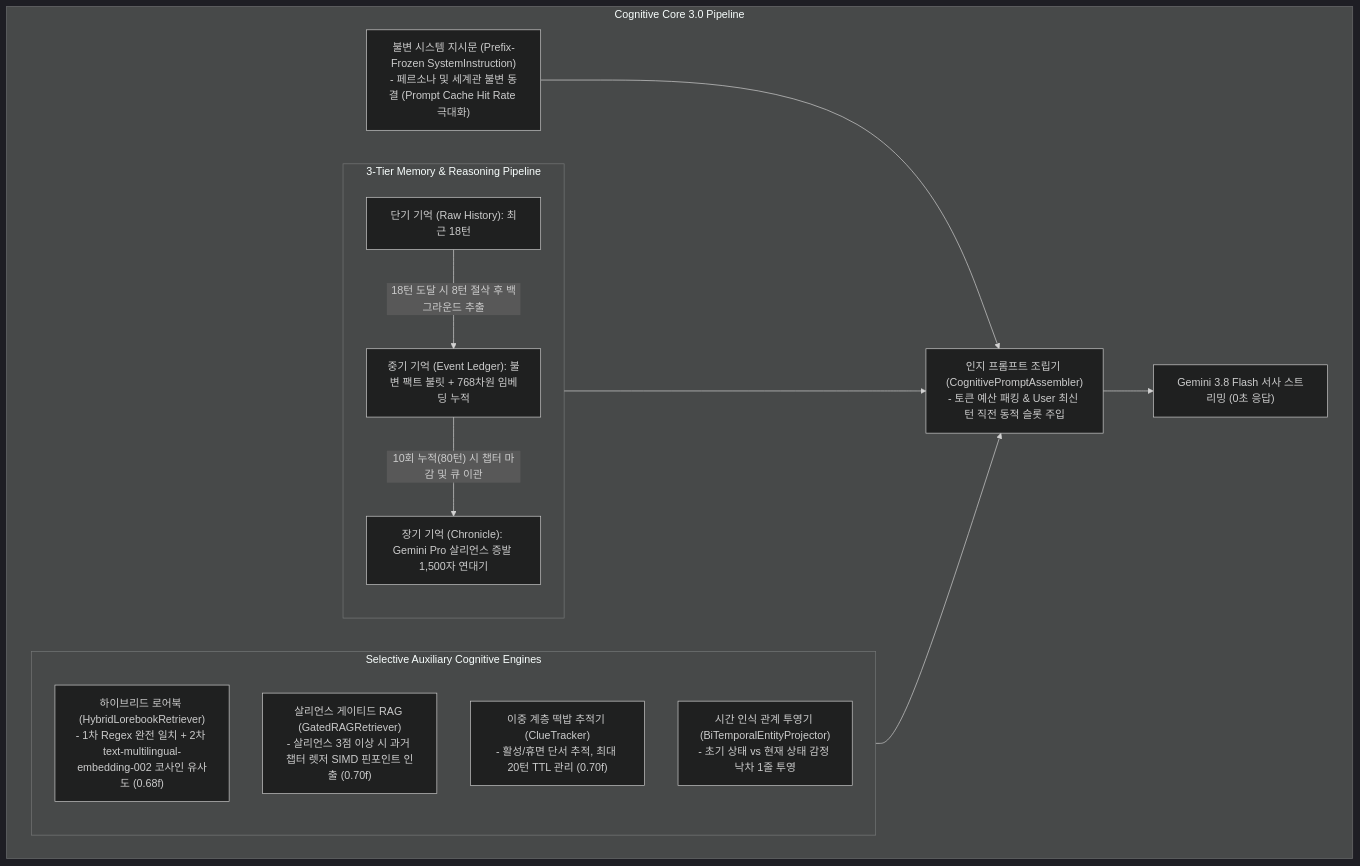
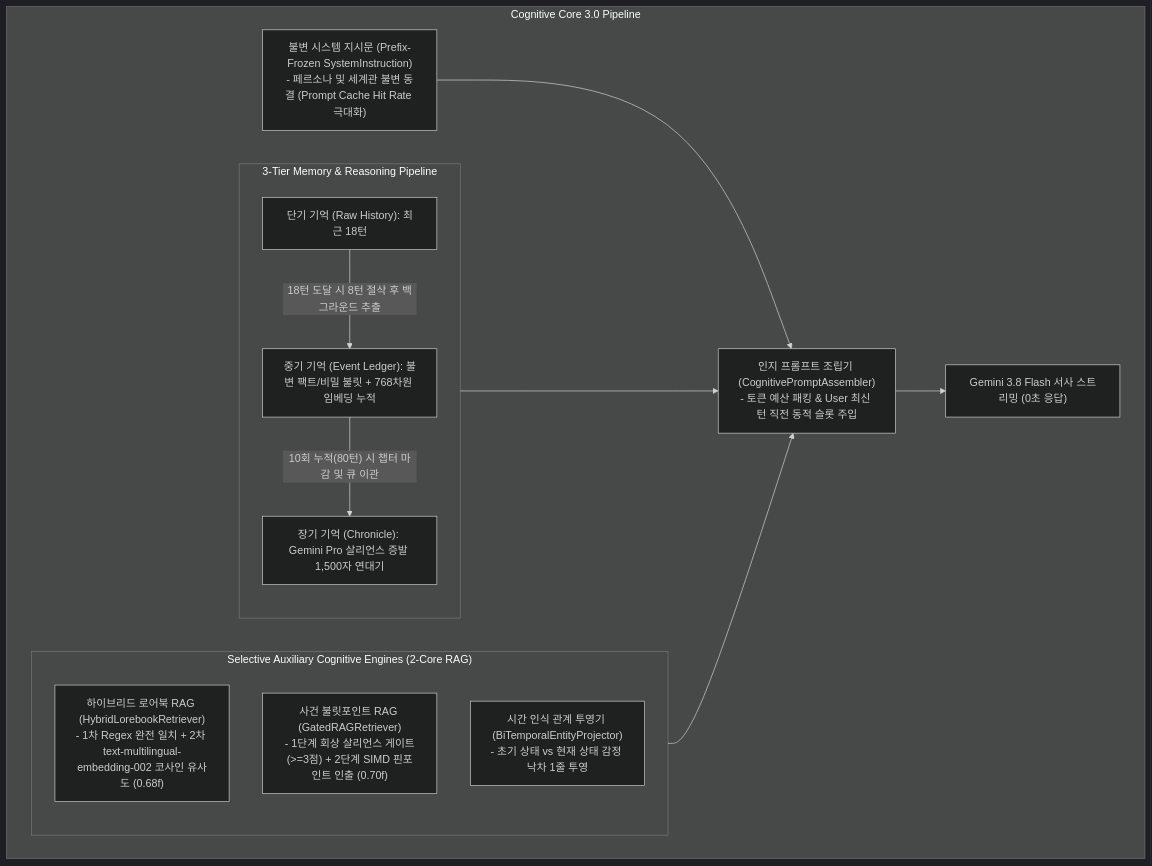
The first of 3 diagrams in GRC/docs/01_grc_architecture.md (jin20203458/Obsidian.Agent), drawn with Mermaid (dark theme) before and after one commit. The commit also changed other lines of this file and 1 other file, not shown here.

````diff
--- a/GRC/docs/01_grc_architecture.md
+++ b/GRC/docs/01_grc_architecture.md
@@ -28,29 +27,28 @@
 ```mermaid
 flowchart TB
     subgraph COGNITIVE_CORE ["Cognitive Core 3.0 Pipeline"]
         SYS["불변 시스템 지시문 (Prefix-Frozen SystemInstruction)<br>- 페르소나 및 세계관 불변 동결 (Prompt Cache Hit Rate 극대화)"]
         
         subgraph TIERS ["3-Tier Memory & Reasoning Pipeline"]
             M1["단기 기억 (Raw History): 최근 18턴"]
-            M2["중기 기억 (Event Ledger): 불변 팩트 불릿 + 768차원 임베딩 누적"]
+            M2["중기 기억 (Event Ledger): 불변 팩트/비밀 불릿 + 768차원 임베딩 누적"]
             M3["장기 기억 (Chronicle): Gemini Pro 살리언스 증발 1,500자 연대기"]
             
             M1 -->|"18턴 도달 시 8턴 절삭 후 백그라운드 추출"| M2
             M2 -->|"10회 누적(80턴) 시 챕터 마감 및 큐 이관"| M3
         end
         
-        subgraph AUXILIARY ["Selective Auxiliary Cognitive Engines"]
-            HL["하이브리드 로어북 (HybridLorebookRetriever)<br>- 1차 Regex 완전 일치 + 2차 text-multilingual-embedding-002 코사인 유사도 (0.68f)"]
-            GR["살리언스 게이티드 RAG (GatedRAGRetriever)<br>- 살리언스 3점 이상 시 과거 챕터 렛저 SIMD 핀포인트 인출 (0.70f)"]
-            CT["이중 계층 떡밥 추적기 (ClueTracker)<br>- 활성/휴면 단서 추적, 최대 20턴 TTL 관리 (0.70f)"]
+        subgraph AUXILIARY ["Selective Auxiliary Cognitive Engines (2-Core RAG)"]
+            HL["하이브리드 로어북 RAG (HybridLorebookRetriever)<br>- 1차 Regex 완전 일치 + 2차 text-multilingual-embedding-002 코사인 유사도 (0.68f)"]
+            GR["사건 불릿포인트 RAG (GatedRAGRetriever)<br>- 1단계 회상 살리언스 게이트(>=3점) + 2단계 SIMD 핀포인트 인출 (0.70f)"]
             BP["시간 인식 관계 투영기 (BiTemporalEntityProjector)<br>- 초기 상태 vs 현재 상태 감정 낙차 1줄 투영"]
         end
         
         ASSEMBLER["인지 프롬프트 조립기 (CognitivePromptAssembler)<br>- 토큰 예산 패킹 & User 최신 턴 직전 동적 슬롯 주입"]
         
         SYS --> ASSEMBLER
         TIERS --> ASSEMBLER
         AUXILIARY --> ASSEMBLER
         ASSEMBLER --> LLM["Gemini 3.8 Flash 서사 스트리밍 (0초 응답)"]
     end
 ```
````
